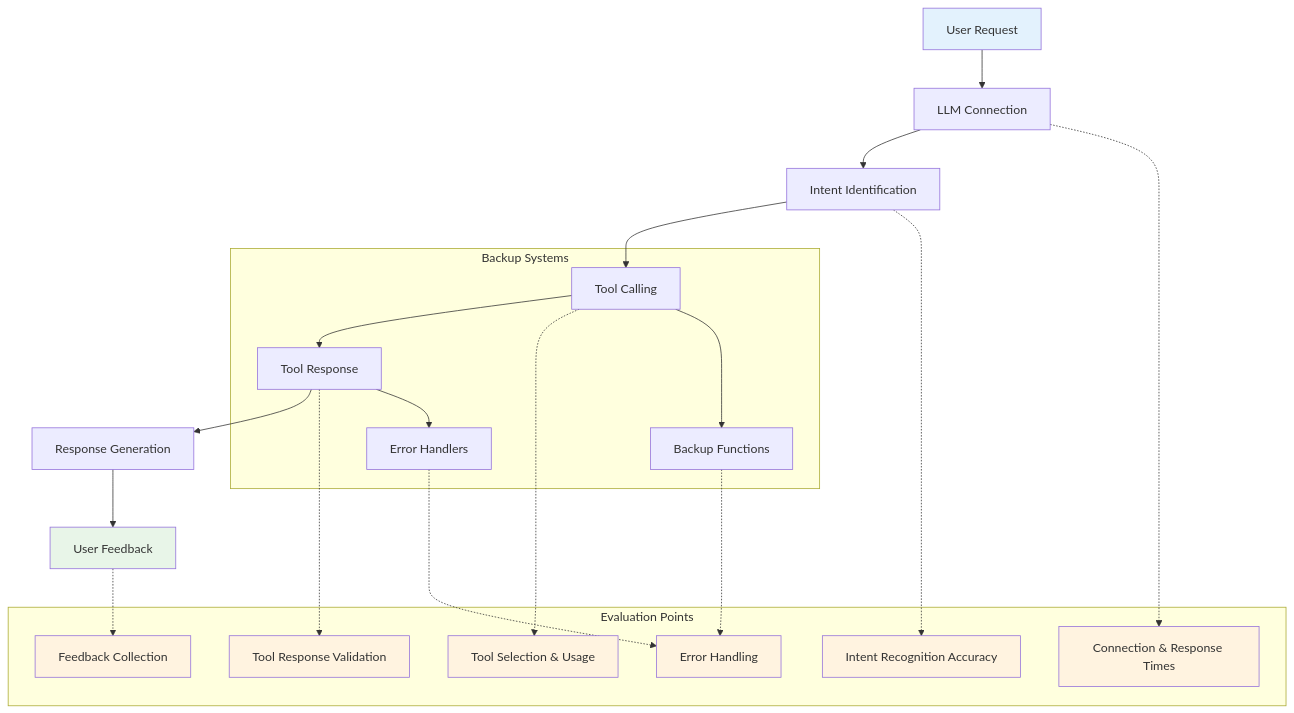
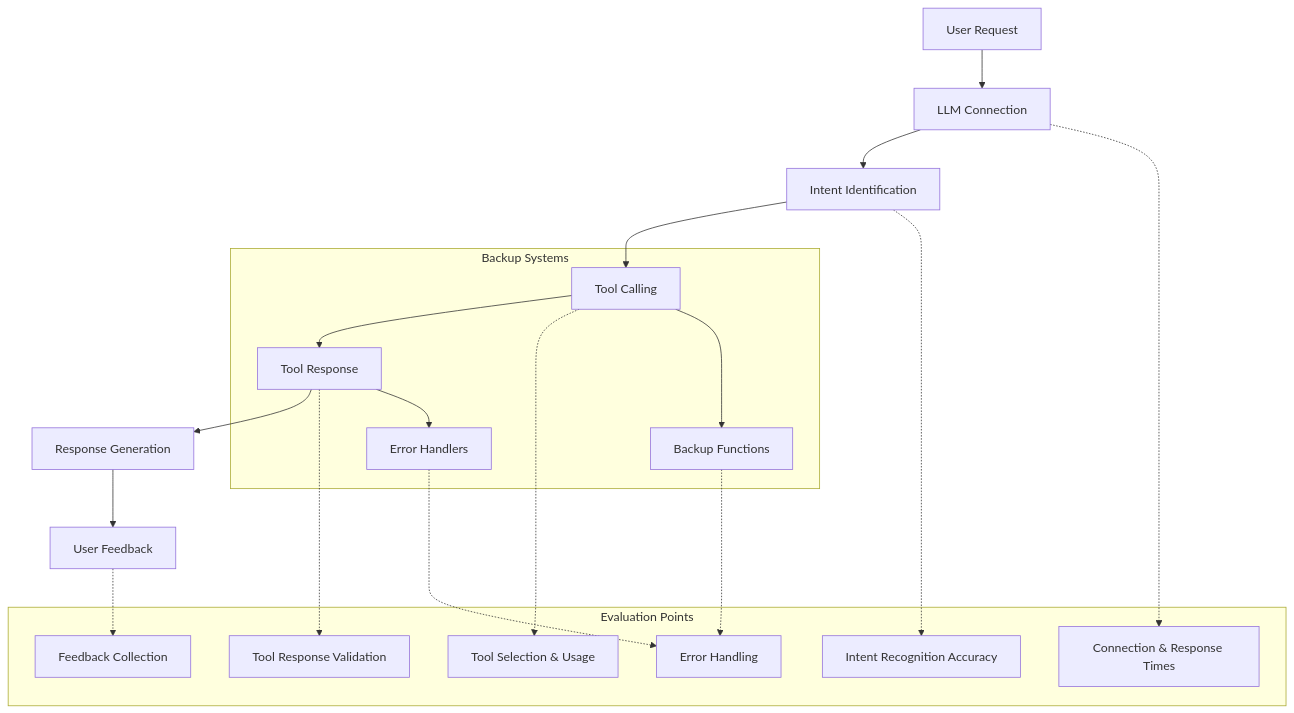
One commit to micromastery/micromastery.github.io changed the fourth of 5 diagrams in _posts/2025-07-19-understanding-agentic-ai.md. Above: the diagram before and after it, drawn with Mermaid. The commit also changed other lines of this file, not shown here.

Commit message:
Remove unnecessary style definitions from AI agents blog post diagrams

````diff
--- a/_posts/2025-07-19-understanding-agentic-ai.md
+++ b/_posts/2025-07-19-understanding-agentic-ai.md
@@ -191,40 +178,31 @@
 ```mermaid
 graph TD
     UR[User Request] --> LLM[LLM Connection]
     LLM --> UI[Intent Identification]
     UI --> TC[Tool Calling]
     TC --> TR[Tool Response]
     TR --> RG[Response Generation]
     RG --> UF[User Feedback]
     
     subgraph "Evaluation Points"
         E1[Connection & Response Times]
         E2[Intent Recognition Accuracy]
         E3[Tool Selection & Usage]
         E4[Tool Response Validation]
         E5[Feedback Collection]
         E6[Error Handling]
     end
     
     LLM -.-> E1
     UI -.-> E2
     TC -.-> E3
     TR -.-> E4
     UF -.-> E5
     
     subgraph "Backup Systems"
         TC --> BF[Backup Functions]
         TR --> EH[Error Handlers]
         BF -.-> E6
         EH -.-> E6
     end
-    
-    style UR fill:#e3f2fd
-    style UF fill:#e8f5e8
-    style E1 fill:#fff3e0
-    style E2 fill:#fff3e0
-    style E3 fill:#fff3e0
-    style E4 fill:#fff3e0
-    style E5 fill:#fff3e0
-    style E6 fill:#fff3e0
 ```
````
